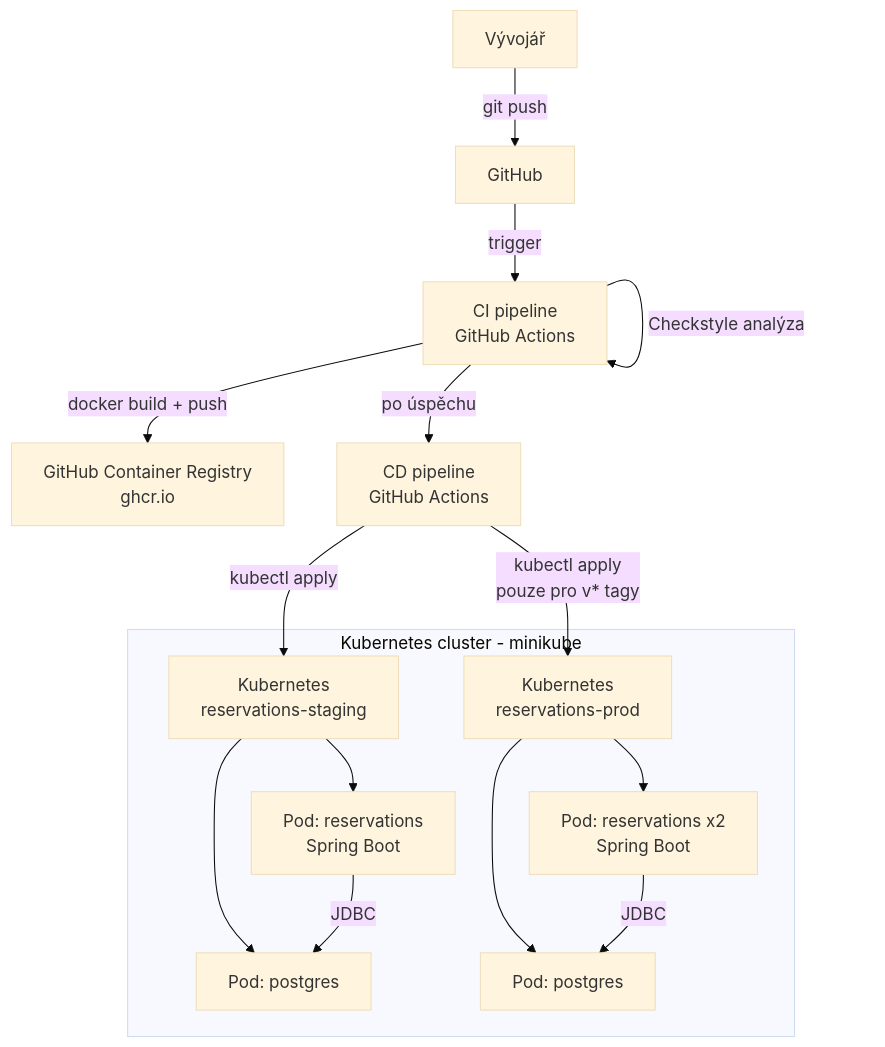
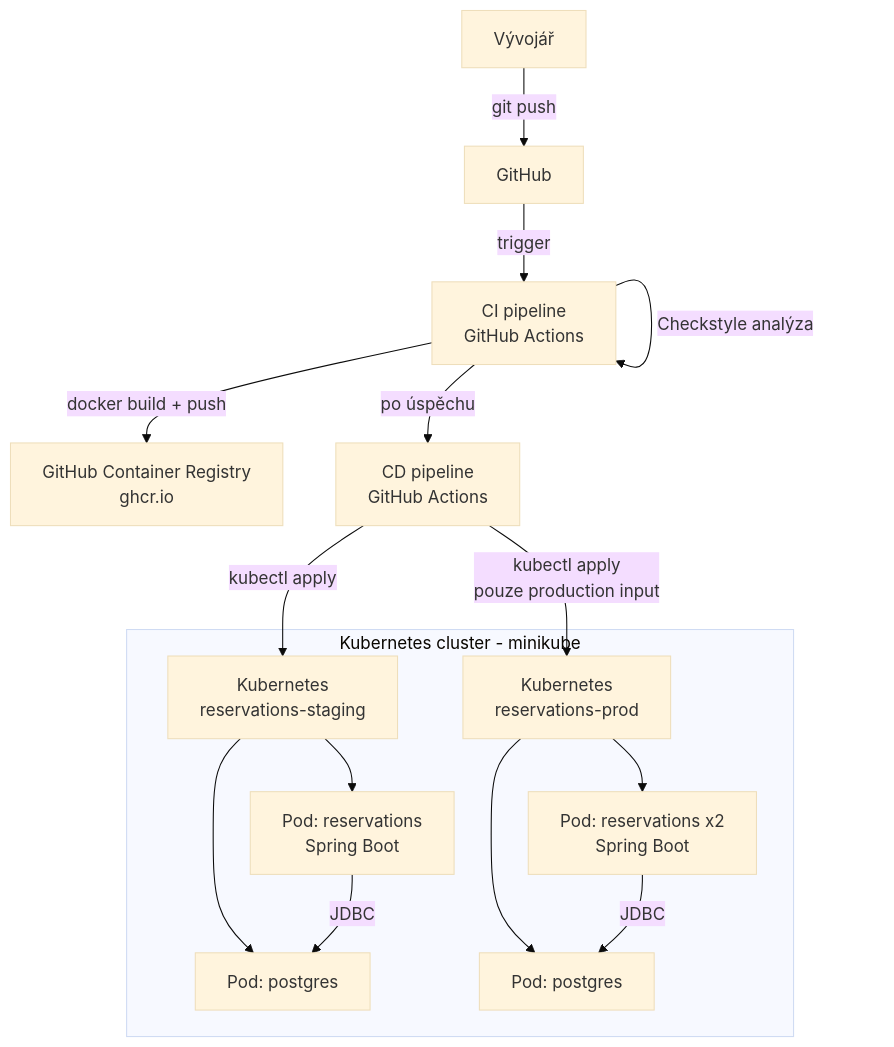
The diagram in README-DEVOPS.md (KryxusCZ/BTDD_Semestralni_Prace), drawn with Mermaid (base theme) before and after one commit. The commit also changed other lines of this file and 1 other file, not shown here.

````diff
--- a/README-DEVOPS.md
+++ b/README-DEVOPS.md
@@ -23,21 +24,21 @@
 ```mermaid
 graph TD
     Dev[Vývojář] -->|git push| GH[GitHub]
     GH -->|trigger| CI[CI pipeline\nGitHub Actions]
     CI -->|Maven build + testy| CI
     CI -->|Checkstyle analýza| CI
     CI -->|docker build + push| GHCR[GitHub Container Registry\nghcr.io]
     CI -->|po úspěchu| CD[CD pipeline\nGitHub Actions]
     CD -->|kubectl apply| K8S_STG[Kubernetes\nreservations-staging]
-    CD -->|kubectl apply\npouze pro v* tagy| K8S_PROD[Kubernetes\nreservations-prod]
+    CD -->|kubectl apply\npouze production input| K8S_PROD[Kubernetes\nreservations-prod]
 
     subgraph Kubernetes cluster - minikube
         K8S_STG --> APP_STG[Pod: reservations\nSpring Boot]
         K8S_STG --> DB_STG[Pod: postgres]
         K8S_PROD --> APP_PROD[Pod: reservations x2\nSpring Boot]
         K8S_PROD --> DB_PROD[Pod: postgres]
     end
 
     APP_STG -->|JDBC| DB_STG
     APP_PROD -->|JDBC| DB_PROD
 ```
````
